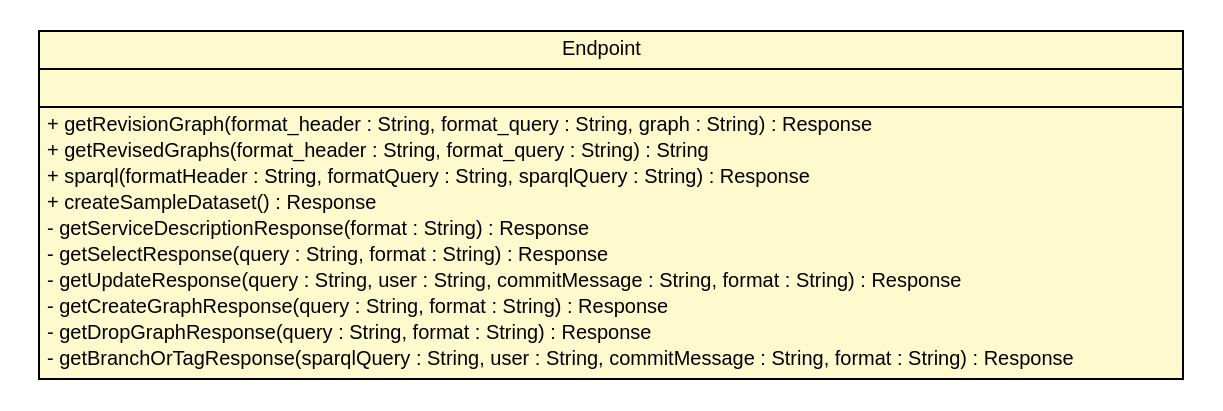
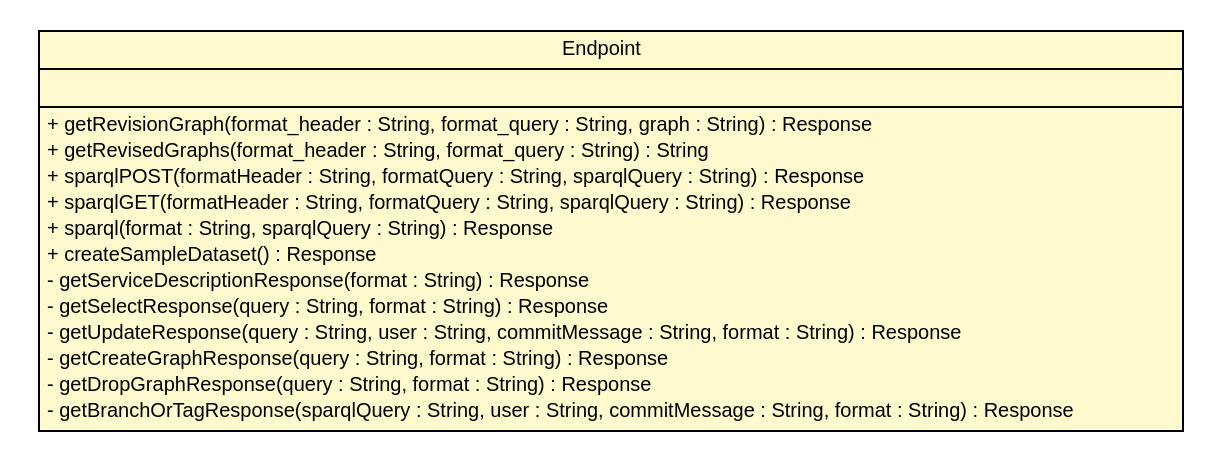
One commit to markusgraube/r43ples changed the diagram in javadoc/de/tud/plt/r43ples/webservice/Endpoint.dot. Above: the diagram before and after it, drawn with Graphviz. The commit also changed 80 other files, not shown here.

```diff
--- a/javadoc/de/tud/plt/r43ples/webservice/Endpoint.dot
+++ b/javadoc/de/tud/plt/r43ples/webservice/Endpoint.dot
@@ -1,33 +1,35 @@
 #!/usr/local/bin/dot
 #
 # Class diagram 
 # Generated by UMLGraph version R5_6_6-6-g3bdff0 (http://www.umlgraph.org/)
 #
 
 digraph G {
 	edge [fontname="Helvetica",fontsize=10,labelfontname="Helvetica",labelfontsize=10];
 	node [fontname="Helvetica",fontsize=10,shape=plaintext];
 	nodesep=0.25;
 	ranksep=0.5;
 	// de.tud.plt.r43ples.webservice.Endpoint
 	c122 [label=<<table title="de.tud.plt.r43ples.webservice.Endpoint" border="0" cellborder="1" cellspacing="0" cellpadding="2" port="p" bgcolor="lemonChiffon" href="./Endpoint.html">
 		<tr><td><table border="0" cellspacing="0" cellpadding="1">
 <tr><td align="center" balign="center"> Endpoint </td></tr>
 		</table></td></tr>
 		<tr><td><table border="0" cellspacing="0" cellpadding="1">
 <tr><td align="left" balign="left">  </td></tr>
 		</table></td></tr>
 		<tr><td><table border="0" cellspacing="0" cellpadding="1">
 <tr><td align="left" balign="left"> + getRevisionGraph(format_header : String, format_query : String, graph : String) : Response </td></tr>
 <tr><td align="left" balign="left"> + getRevisedGraphs(format_header : String, format_query : String) : String </td></tr>
-<tr><td align="left" balign="left"> + sparql(formatHeader : String, formatQuery : String, sparqlQuery : String) : Response </td></tr>
+<tr><td align="left" balign="left"> + sparqlPOST(formatHeader : String, formatQuery : String, sparqlQuery : String) : Response </td></tr>
+<tr><td align="left" balign="left"> + sparqlGET(formatHeader : String, formatQuery : String, sparqlQuery : String) : Response </td></tr>
+<tr><td align="left" balign="left"> + sparql(format : String, sparqlQuery : String) : Response </td></tr>
 <tr><td align="left" balign="left"> + createSampleDataset() : Response </td></tr>
 <tr><td align="left" balign="left"> - getServiceDescriptionResponse(format : String) : Response </td></tr>
 <tr><td align="left" balign="left"> - getSelectResponse(query : String, format : String) : Response </td></tr>
 <tr><td align="left" balign="left"> - getUpdateResponse(query : String, user : String, commitMessage : String, format : String) : Response </td></tr>
 <tr><td align="left" balign="left"> - getCreateGraphResponse(query : String, format : String) : Response </td></tr>
 <tr><td align="left" balign="left"> - getDropGraphResponse(query : String, format : String) : Response </td></tr>
 <tr><td align="left" balign="left"> - getBranchOrTagResponse(sparqlQuery : String, user : String, commitMessage : String, format : String) : Response </td></tr>
 		</table></td></tr>
 		</table>>, URL="./Endpoint.html", fontname="Helvetica", fontcolor="black", fontsize=10.0];
 }
```
